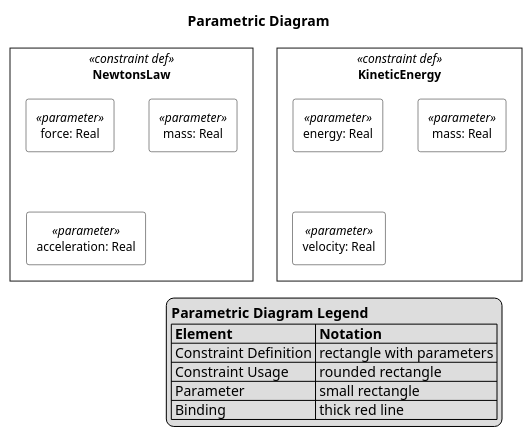
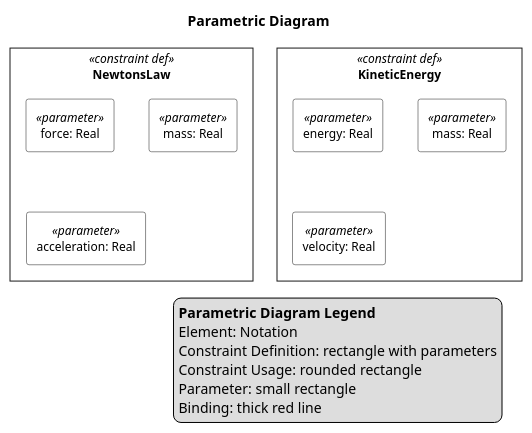
The diagram in plantuml-examples/12-parametric-view.puml (mycr0ft/sysmlpy), drawn with PlantUML before and after one commit. The commit also changed 29 other files, not shown here.

```diff
--- a/plantuml-examples/12-parametric-view.puml
+++ b/plantuml-examples/12-parametric-view.puml
@@ -1,51 +1,51 @@
 @startuml
 
 skinparam monochrome true
 skinparam wrapWidth 300
 skinparam defaultFontSize 12
 skinparam defaultFontName Helvetica
 
 skinparam rectangle<<constraint def>> {
     RoundCorner 0
     BackgroundColor white
     Padding 0
 }
 skinparam rectangle<<constraint>> {
     RoundCorner 10
     BackgroundColor #f8f8f8
 }
 skinparam rectangle<<parameter>> {
     RoundCorner 5
     BackgroundColor white
 }
 
 top to bottom direction
 
 title Parametric Diagram
 
 hide circle
 
 rectangle "NewtonsLaw" as CD0 <<constraint def>> {
   rectangle "force: Real" as CD0_P0 <<parameter>>
   rectangle "mass: Real" as CD0_P1 <<parameter>>
   rectangle "acceleration: Real" as CD0_P2 <<parameter>>
 }
 
 rectangle "KineticEnergy" as CD1 <<constraint def>> {
   rectangle "energy: Real" as CD1_P0 <<parameter>>
   rectangle "mass: Real" as CD1_P1 <<parameter>>
   rectangle "velocity: Real" as CD1_P2 <<parameter>>
 }
 
 
 
 legend right
   <b>Parametric Diagram Legend</b>
-  |= Element |= Notation |
-  | Constraint Definition | rectangle with parameters |
-  | Constraint Usage | rounded rectangle |
-  | Parameter | small rectangle |
-  | Binding | thick red line |
+  Element: Notation
+  Constraint Definition: rectangle with parameters
+  Constraint Usage: rounded rectangle
+  Parameter: small rectangle
+  Binding: thick red line
 endlegend
 
 @enduml
```
